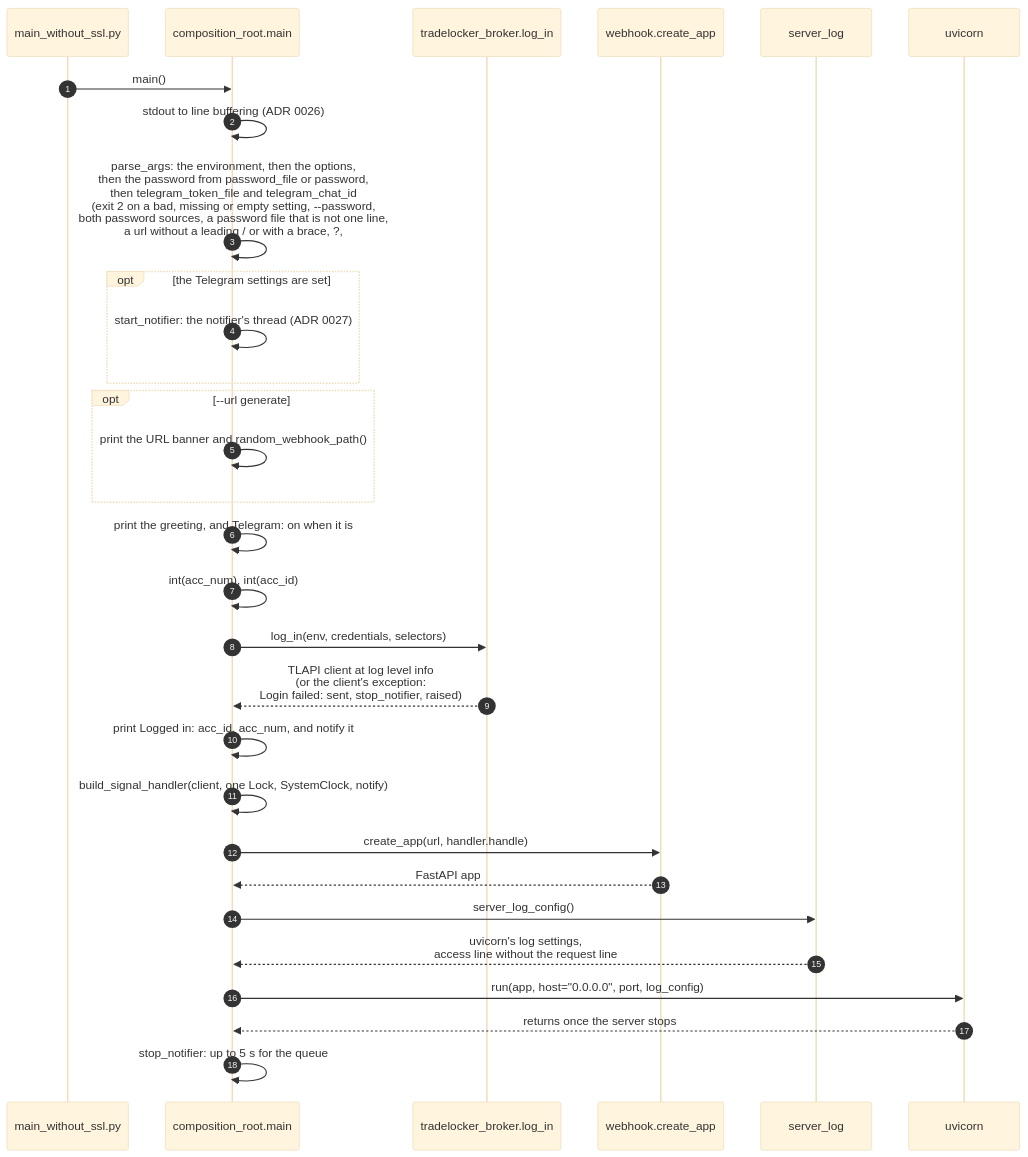
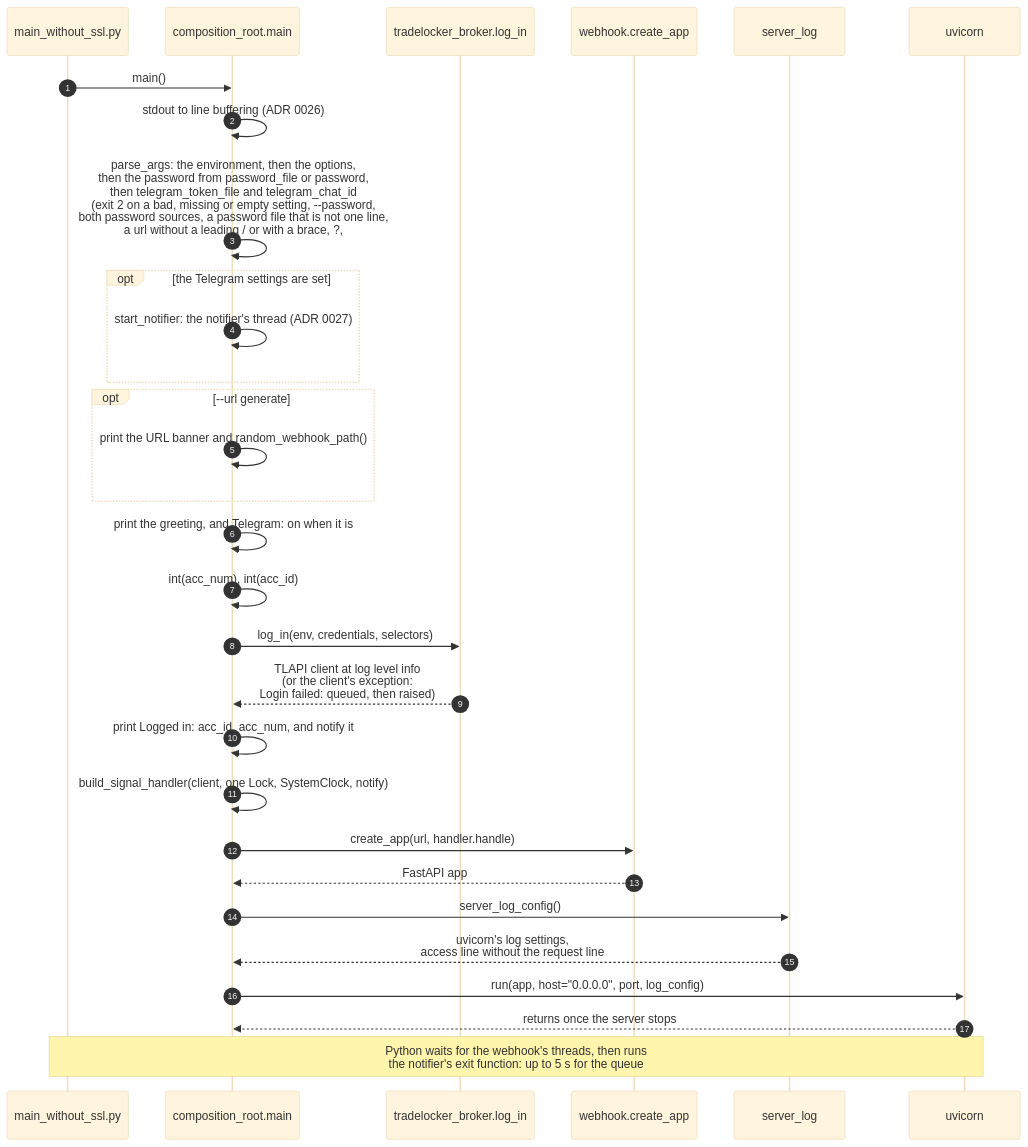
Before and after one commit to Akinzou/TradeLockerBot: the second of 6 diagrams in docs/architecture.md, drawn with Mermaid (base theme). The commit also changed other lines of this file and 1 other file, not shown here.

Commit message:
docs: the notifier's stop as an exit function, and the second review of step 6o

````diff
--- a/docs/architecture.md
+++ b/docs/architecture.md
@@ -106,32 +106,32 @@
 ```mermaid
 sequenceDiagram
     autonumber
     participant EP as main_without_ssl.py
     participant CR as composition_root.main
     participant TB as tradelocker_broker.log_in
     participant WH as webhook.create_app
     participant SL as server_log
     participant U as uvicorn
     EP->>CR: main()
     CR->>CR: stdout to line buffering (ADR 0026)
     CR->>CR: parse_args: the environment, then the options,<br/>then the password from password_file or password,<br/>then telegram_token_file and telegram_chat_id<br/>(exit 2 on a bad, missing or empty setting, --password,<br/>both password sources, a password file that is not one line,<br/>a url without a leading / or with a brace, ?, # or %,<br/>one Telegram setting alone, a file with no bot token, a bad chat id)
     opt the Telegram settings are set
         CR->>CR: start_notifier: the notifier's thread (ADR 0027)
     end
     opt --url generate
         CR->>CR: print the URL banner and random_webhook_path()
     end
     CR->>CR: print the greeting, and Telegram: on when it is
     CR->>CR: int(acc_num), int(acc_id)
     CR->>TB: log_in(env, credentials, selectors)
-    TB-->>CR: TLAPI client at log level info<br/>(or the client's exception:<br/>Login failed: sent, stop_notifier, raised)
+    TB-->>CR: TLAPI client at log level info<br/>(or the client's exception:<br/>Login failed: queued, then raised)
     CR->>CR: print Logged in: acc_id, acc_num, and notify it
     CR->>CR: build_signal_handler(client, one Lock, SystemClock, notify)
     CR->>WH: create_app(url, handler.handle)
     WH-->>CR: FastAPI app
     CR->>SL: server_log_config()
     SL-->>CR: uvicorn's log settings,<br/>access line without the request line
     CR->>U: run(app, host="0.0.0.0", port, log_config)
     U-->>CR: returns once the server stops
-    CR->>CR: stop_notifier: up to 5 s for the queue
+    Note over EP,U: Python waits for the webhook's threads, then runs<br/>the notifier's exit function: up to 5 s for the queue
 ```
````
